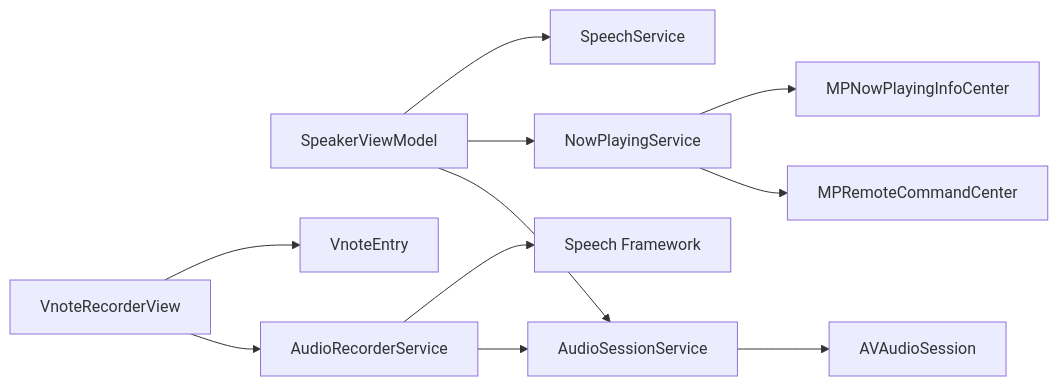
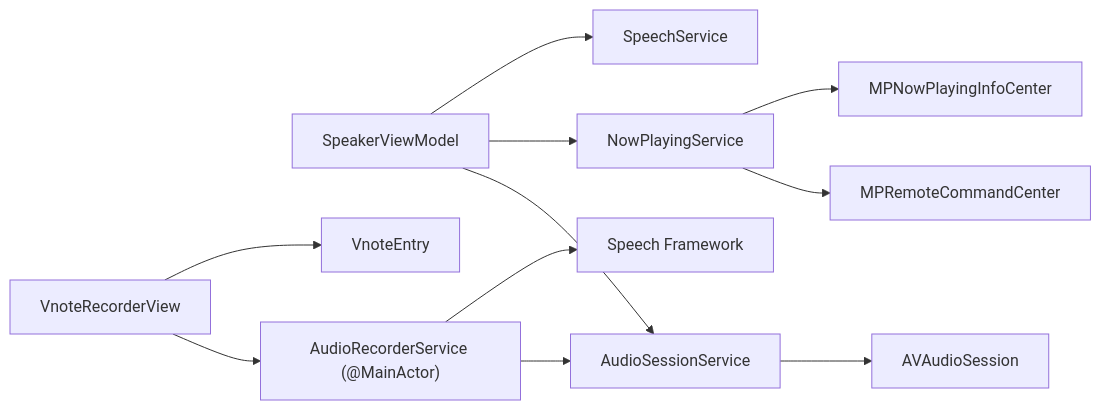
Diagram 12 of 12 in .qoder/repowiki/zh/content/系统集成/音频会话管理.md (Primoguo/Knowledge), drawn with Mermaid before and after one commit. The commit also changed other lines of this file and 15 other files, not shown here.

````diff
--- a/.qoder/repowiki/zh/content/系统集成/音频会话管理.md
+++ b/.qoder/repowiki/zh/content/系统集成/音频会话管理.md
@@ -518,13 +517,13 @@
 ```mermaid
 graph LR
 VM["SpeakerViewModel"] --> AS["AudioSessionService"]
 VM --> NP["NowPlayingService"]
 VM --> SP["SpeechService"]
-VR["VnoteRecorderView"] --> AR["AudioRecorderService"]
+VR["VnoteRecorderView"] --> AR["AudioRecorderService (@MainActor)"]
 AR --> AS
 AS --> AVS["AVAudioSession"]
 NP --> MPC["MPRemoteCommandCenter"]
 NP --> MPI["MPNowPlayingInfoCenter"]
 AR --> Speech["Speech Framework"]
 VR --> VnoteEntry["VnoteEntry"]
 ```
````
